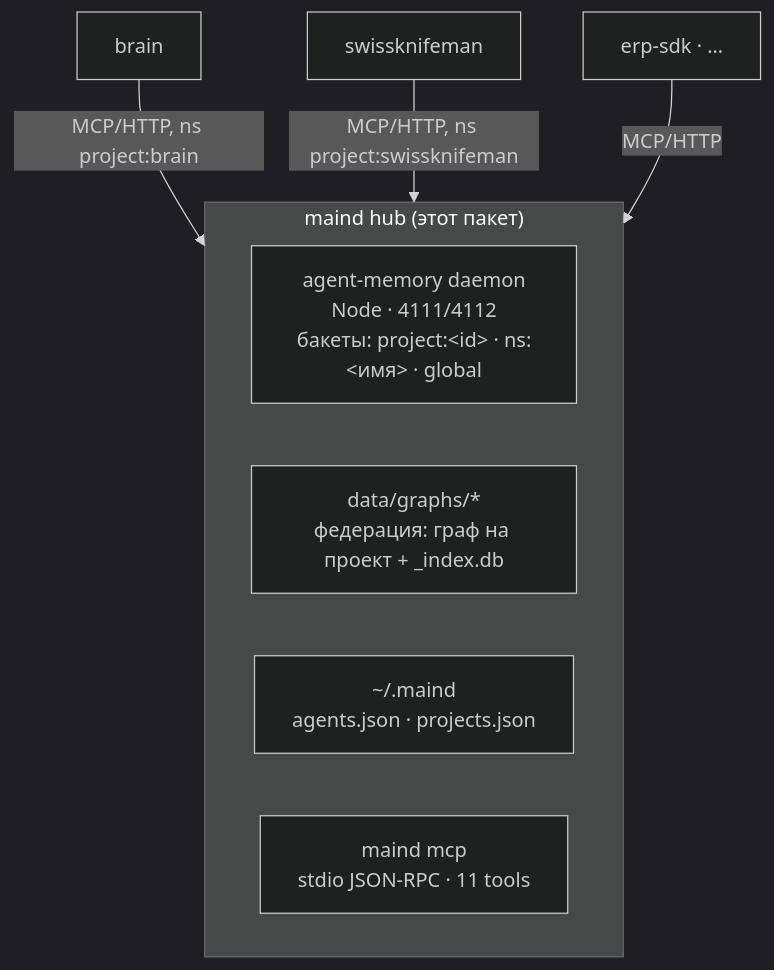
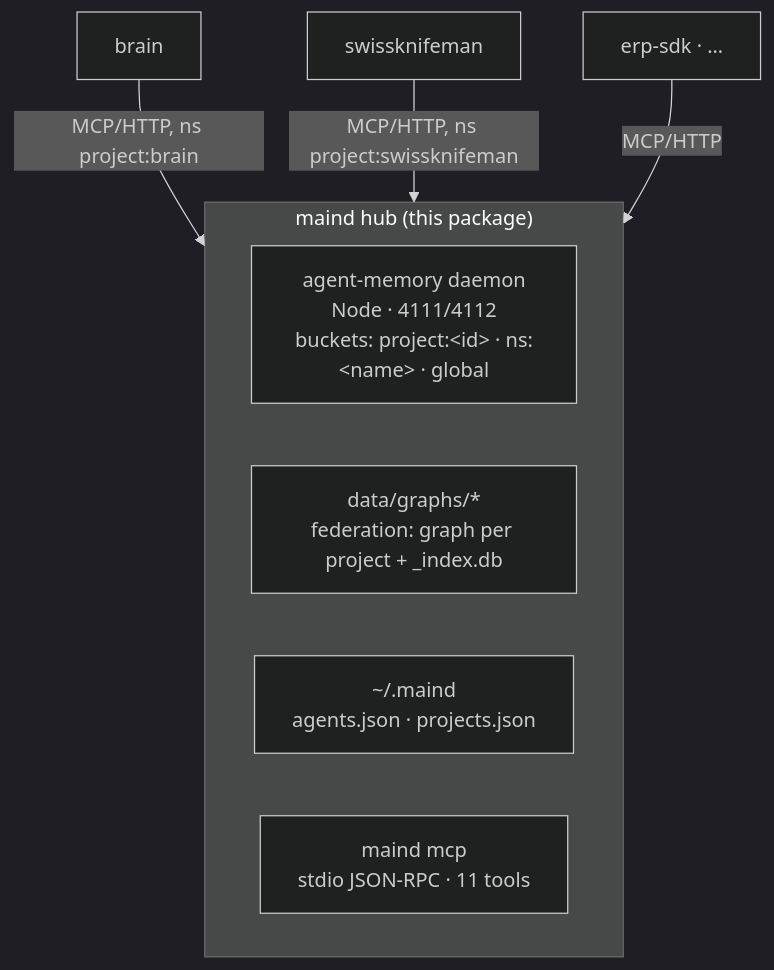
One commit to academici/swissknifeman changed the first of 2 diagrams in packages/maind/docs/architecture.md. Above: the diagram before and after it, drawn with Mermaid (dark theme). The commit also changed other lines of this file and 1553 other files, not shown here.

````diff
--- a/packages/maind/docs/architecture.md
+++ b/packages/maind/docs/architecture.md
@@ -12,12 +12,12 @@
 ```mermaid
 graph TD
-  subgraph hub["maind hub (этот пакет)"]
-    M["agent-memory daemon<br/>Node · 4111/4112<br/>бакеты: project:&lt;id&gt; · ns:&lt;имя&gt; · global"]
-    G["data/graphs/*<br/>федерация: граф на проект + _index.db"]
+  subgraph hub["maind hub (this package)"]
+    M["agent-memory daemon<br/>Node · 4111/4112<br/>buckets: project:&lt;id&gt; · ns:&lt;name&gt; · global"]
+    G["data/graphs/*<br/>federation: graph per project + _index.db"]
     R["~/.maind<br/>agents.json · projects.json"]
     MCP["maind mcp<br/>stdio JSON-RPC · 11 tools"]
   end
   brain -->|MCP/HTTP, ns project:brain| hub
   swissknifeman -->|MCP/HTTP, ns project:swissknifeman| hub
   erp["erp-sdk · …"] -->|MCP/HTTP| hub
 ```
````
